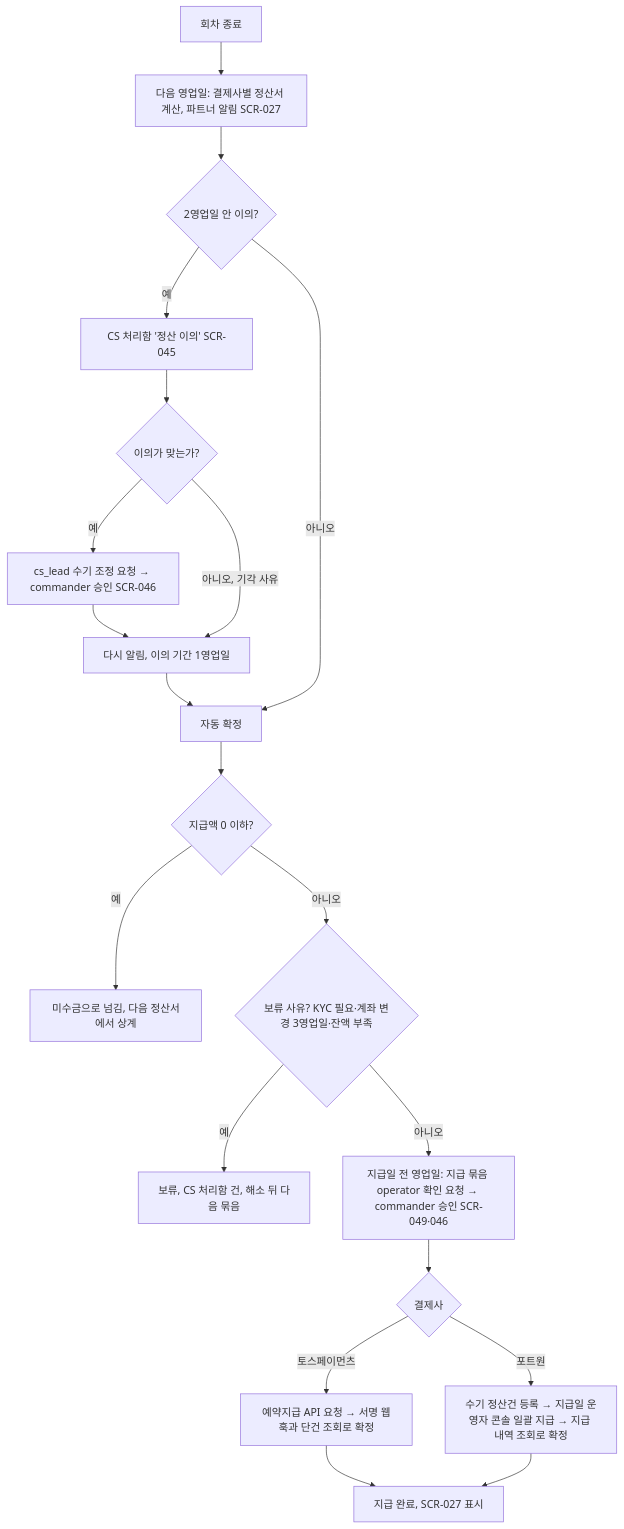
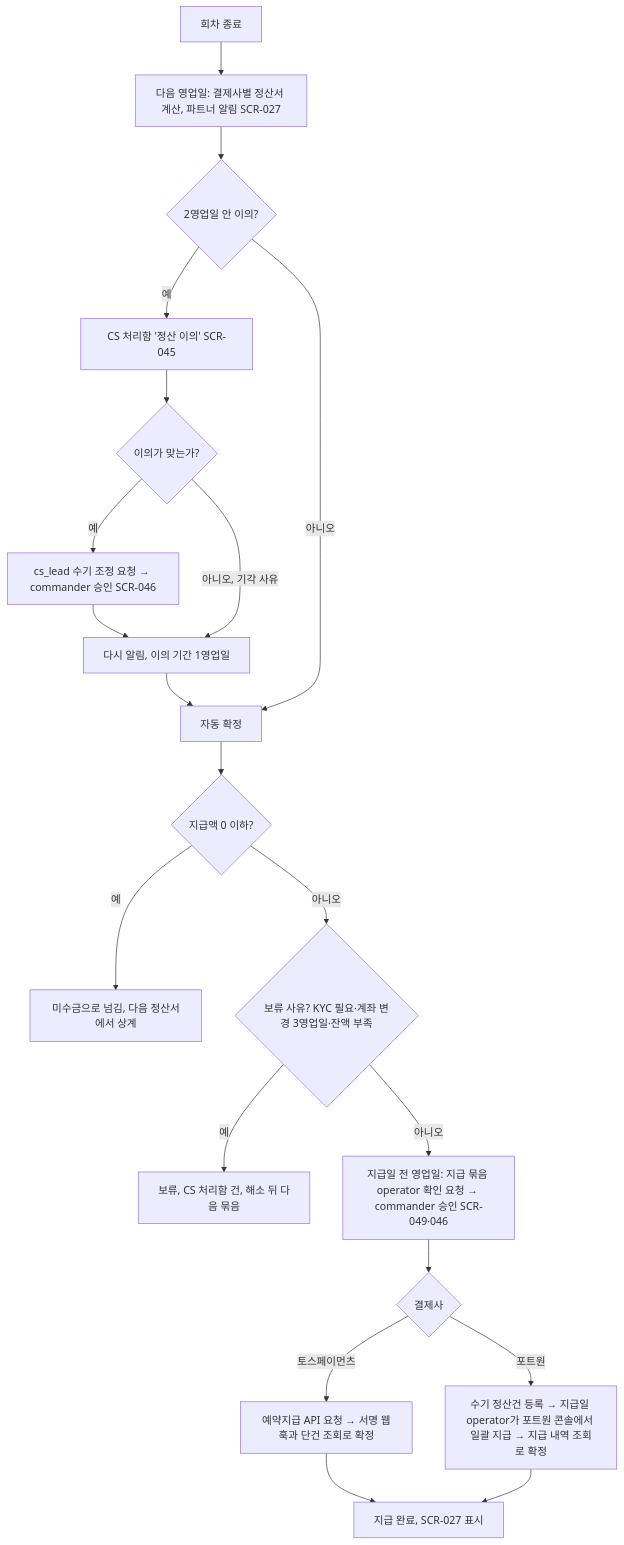
One commit to peaket/peaket changed diagram 13 of 13 in planning/04-ia-flows-screens.md. Above: the diagram before and after it, drawn with Mermaid. The commit also changed other lines of this file and 65 other files, not shown here.

````diff
--- a/planning/04-ia-flows-screens.md
+++ b/planning/04-ia-flows-screens.md
@@ -412,19 +412,19 @@
 ```mermaid
 flowchart TD
     A[회차 종료] --> B[다음 영업일: 결제사별 정산서 계산, 파트너 알림 SCR-027]
     B --> C{2영업일 안 이의?}
     C -- 예 --> D[CS 처리함 '정산 이의' SCR-045] --> E{이의가 맞는가?}
     E -- 예 --> F[cs_lead 수기 조정 요청 → commander 승인 SCR-046] --> R[다시 알림, 이의 기간 1영업일]
     E -- 아니오, 기각 사유 --> R
     R --> G
     C -- 아니오 --> G[자동 확정]
     G --> H{지급액 0 이하?}
     H -- 예 --> I[미수금으로 넘김, 다음 정산서에서 상계]
     H -- 아니오 --> J{보류 사유? KYC 필요·계좌 변경 3영업일·잔액 부족}
     J -- 예 --> K[보류, CS 처리함 건, 해소 뒤 다음 묶음]
     J -- 아니오 --> L[지급일 전 영업일: 지급 묶음 operator 확인 요청 → commander 승인 SCR-049·046]
     L --> M{결제사}
     M -- 토스페이먼츠 --> N[예약지급 API 요청 → 서명 웹훅과 단건 조회로 확정]
-    M -- 포트원 --> O[수기 정산건 등록 → 지급일 운영자 콘솔 일괄 지급 → 지급 내역 조회로 확정]
+    M -- 포트원 --> O[수기 정산건 등록 → 지급일 operator가 포트원 콘솔에서 일괄 지급 → 지급 내역 조회로 확정]
     N & O --> P[지급 완료, SCR-027 표시]
 ```
````
